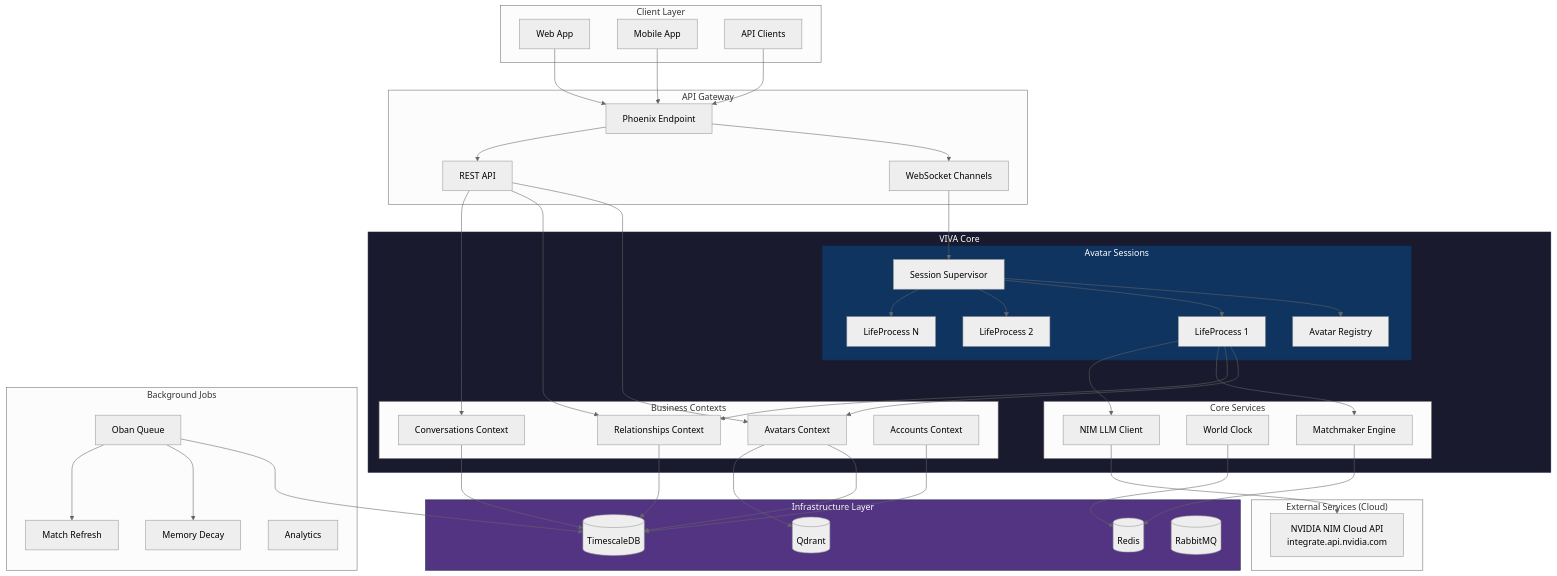
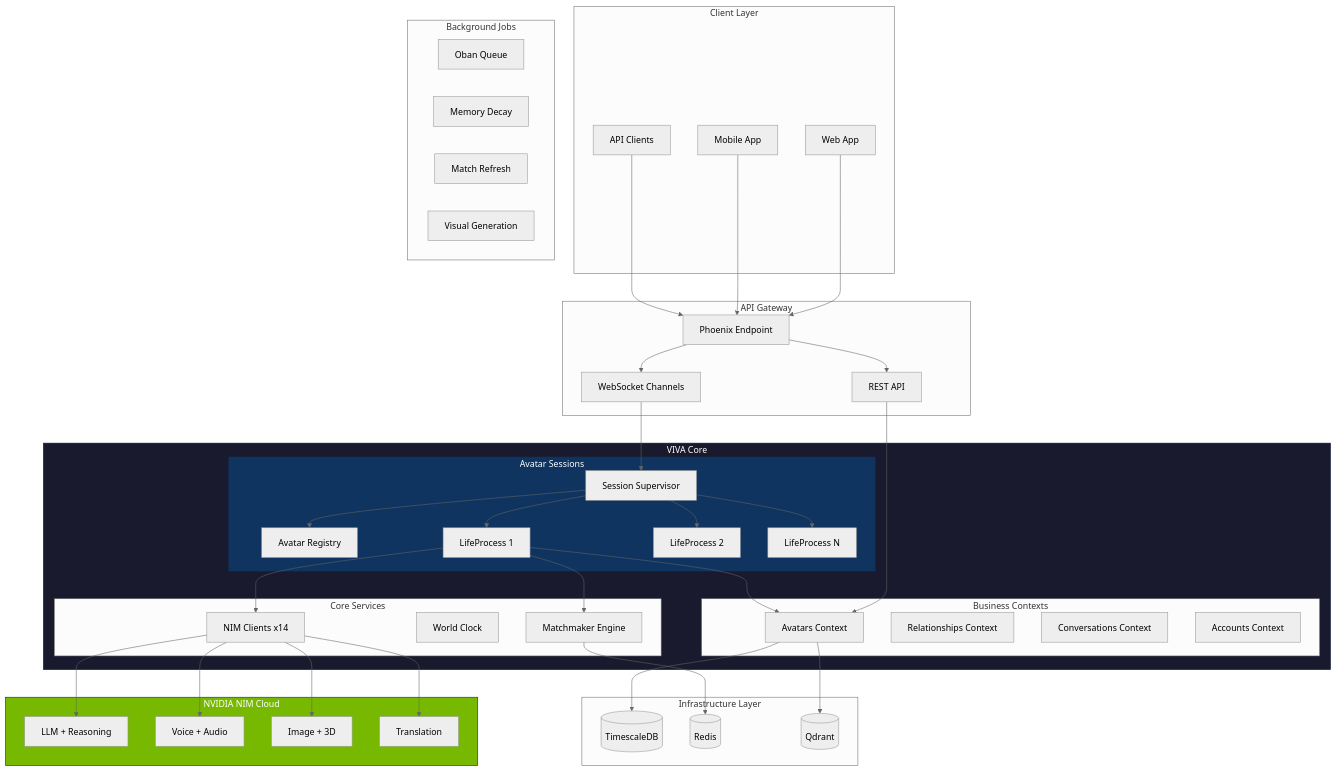
One commit to gabrielmaialva33/viva changed the first of 4 diagrams in README.md. Above: the diagram before and after it, drawn with Mermaid (neutral theme). The commit also changed other lines of this file and 32 other files, not shown here.

First line of the commit message:
feat: expand NIM stack to 14 models with visual generation

````diff
--- a/README.md
+++ b/README.md
@@ -76,7 +122,7 @@
         subgraph Services["Core Services"]
             MATCHMAKER[Matchmaker Engine]
             WORLD_CLOCK[World Clock]
-            LLM_CLIENT[NIM LLM Client]
+            NIM_CLIENTS[NIM Clients x14]
         end
     end
 
@@ -84,18 +130,20 @@
         OBAN[Oban Queue]
         MEMORY_DECAY[Memory Decay]
         MATCH_REFRESH[Match Refresh]
-        ANALYTICS[Analytics]
+        VISUAL_GEN[Visual Generation]
     end
 
     subgraph Infrastructure["Infrastructure Layer"]
         TIMESCALE[(TimescaleDB)]
         REDIS[(Redis)]
         QDRANT[(Qdrant)]
-        RABBITMQ[(RabbitMQ)]
     end
 
-    subgraph External["External Services (Cloud)"]
-        NIM[NVIDIA NIM Cloud API<br/>integrate.api.nvidia.com]
+    subgraph External["NVIDIA NIM Cloud"]
+        NIM_LLM[LLM + Reasoning]
+        NIM_VOICE[Voice + Audio]
+        NIM_VISUAL[Image + 3D]
+        NIM_LANG[Translation]
     end
 
     WEB --> PHOENIX
@@ -107,8 +155,6 @@
 
     WS --> SUP
     REST --> AVATARS
-    REST --> RELATIONSHIPS
-    REST --> CONVERSATIONS
 
     SUP --> REG
     SUP --> LP1
@@ -116,26 +162,19 @@
     SUP --> LPN
 
     LP1 --> AVATARS
-    LP1 --> RELATIONSHIPS
     LP1 --> MATCHMAKER
-    LP1 --> LLM_CLIENT
+    LP1 --> NIM_CLIENTS
 
     AVATARS --> TIMESCALE
-    RELATIONSHIPS --> TIMESCALE
-    CONVERSATIONS --> TIMESCALE
-    ACCOUNTS --> TIMESCALE
-
     AVATARS --> QDRANT
     MATCHMAKER --> REDIS
-    WORLD_CLOCK --> REDIS
 
-    OBAN --> TIMESCALE
-    OBAN --> MEMORY_DECAY
-    OBAN --> MATCH_REFRESH
-
-    LLM_CLIENT --> NIM
+    NIM_CLIENTS --> NIM_LLM
+    NIM_CLIENTS --> NIM_VOICE
+    NIM_CLIENTS --> NIM_VISUAL
+    NIM_CLIENTS --> NIM_LANG
 
     style Core fill:#1a1a2e,stroke:#16213e,color:#fff
     style Sessions fill:#0f3460,stroke:#16213e,color:#fff
-    style Infrastructure fill:#533483,stroke:#16213e,color:#fff
+    style External fill:#76B900,stroke:#16213e,color:#fff
 ```
````
